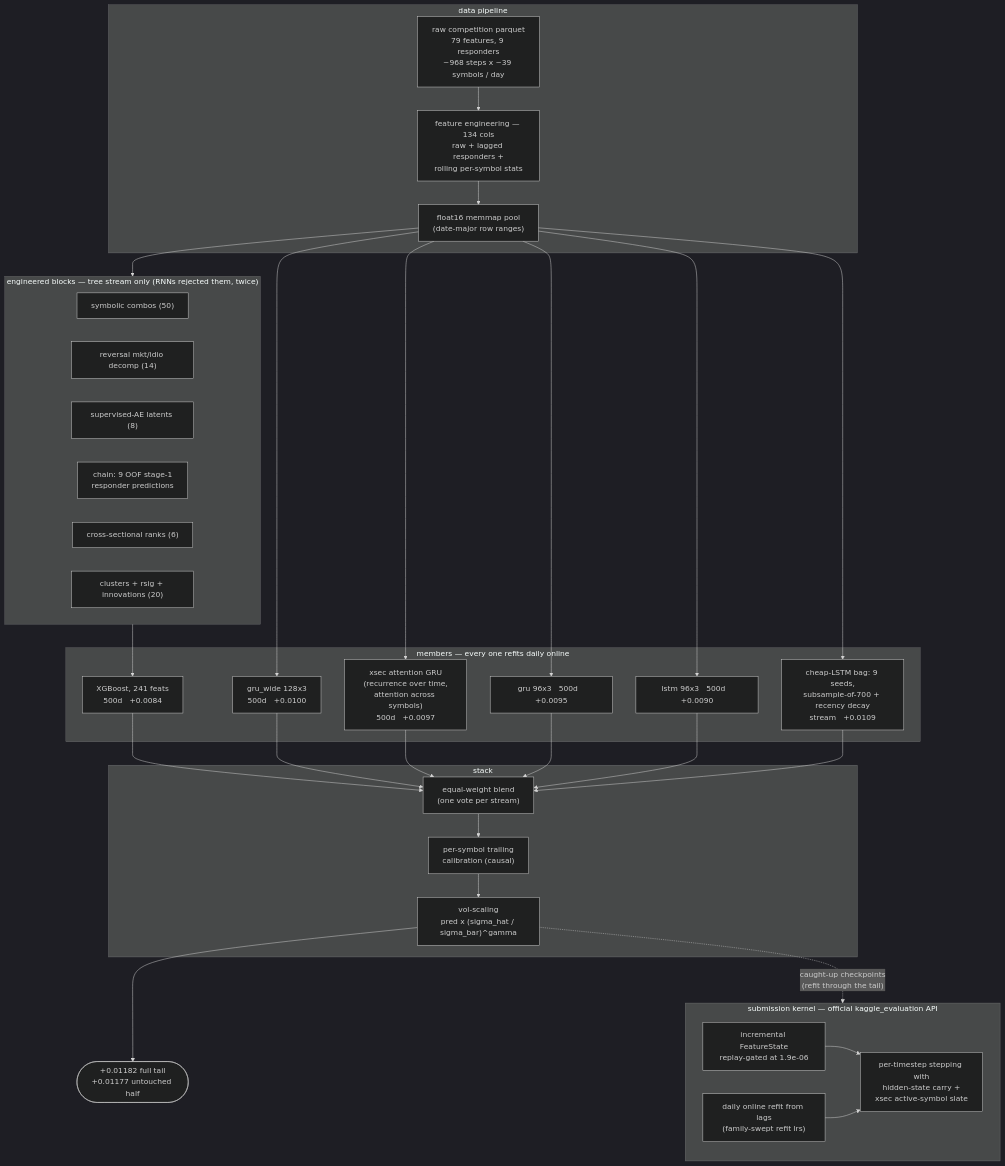
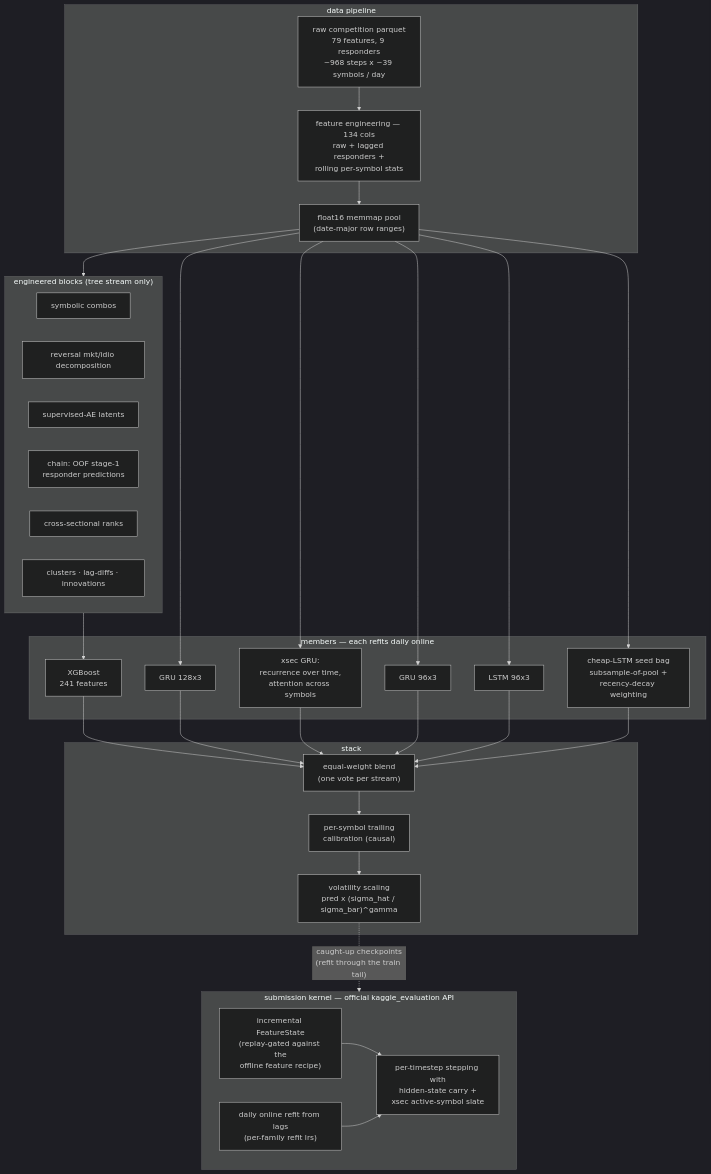
One commit to GennaroAlberto/JaneStreetChallenge changed the diagram in README.md. Above: the diagram before and after it, drawn with Mermaid (dark theme). The commit also changed other lines of this file, not shown here.

````diff
--- a/README.md
+++ b/README.md
@@ -34,49 +13,48 @@
 ```mermaid
 flowchart TB
     subgraph DATA["data pipeline"]
         RAW["raw competition parquet<br/>79 features, 9 responders<br/>~968 steps x ~39 symbols / day"]
         FEAT["feature engineering — 134 cols<br/>raw + lagged responders +<br/>rolling per-symbol stats"]
         MM["float16 memmap pool<br/>(date-major row ranges)"]
         RAW --> FEAT --> MM
     end
 
-    subgraph BLOCKS["engineered blocks — tree stream only (RNNs rejected them, twice)"]
-        B1["symbolic combos (50)"]
-        B2["reversal mkt/idio decomp (14)"]
-        B3["supervised-AE latents (8)"]
-        B4["chain: 9 OOF stage-1<br/>responder predictions"]
-        B5["cross-sectional ranks (6)"]
-        B6["clusters + rsig + innovations (20)"]
+    subgraph BLOCKS["engineered blocks (tree stream only)"]
+        B1["symbolic combos"]
+        B2["reversal mkt/idio decomposition"]
+        B3["supervised-AE latents"]
+        B4["chain: OOF stage-1<br/>responder predictions"]
+        B5["cross-sectional ranks"]
+        B6["clusters · lag-diffs · innovations"]
     end
 
-    subgraph MEMBERS["members — every one refits daily online"]
-        XGB["XGBoost, 241 feats<br/>500d &nbsp; +0.0084"]
-        GW["gru_wide 128x3<br/>500d &nbsp; +0.0100"]
-        XW["xsec attention GRU<br/>(recurrence over time,<br/>attention across symbols)<br/>500d &nbsp; +0.0097"]
-        G5["gru 96x3 &nbsp; 500d &nbsp; +0.0095"]
-        L5["lstm 96x3 &nbsp; 500d &nbsp; +0.0090"]
-        BAG["cheap-LSTM bag: 9 seeds,<br/>subsample-of-700 + recency decay<br/>stream &nbsp; +0.0109"]
+    subgraph MEMBERS["members — each refits daily online"]
+        XGB["XGBoost<br/>241 features"]
+        GW["GRU 128x3"]
+        XW["xsec GRU:<br/>recurrence over time,<br/>attention across symbols"]
+        G5["GRU 96x3"]
+        L5["LSTM 96x3"]
+        BAG["cheap-LSTM seed bag<br/>subsample-of-pool +<br/>recency-decay weighting"]
     end
 
     MM --> BLOCKS --> XGB
     MM --> GW & XW & G5 & L5 & BAG
 
     subgraph STACK["stack"]
         BLEND["equal-weight blend<br/>(one vote per stream)"]
         CAL["per-symbol trailing<br/>calibration (causal)"]
-        VOL["vol-scaling<br/>pred x (sigma_hat / sigma_bar)^gamma"]
+        VOL["volatility scaling<br/>pred x (sigma_hat / sigma_bar)^gamma"]
         BLEND --> CAL --> VOL
     end
 
     XGB & GW & XW & G5 & L5 & BAG --> BLEND
-    VOL --> OUT(["+0.01182 full tail<br/>+0.01177 untouched half"])
 
     subgraph SERVE["submission kernel — official kaggle_evaluation API"]
-        FS["incremental FeatureState<br/>replay-gated at 1.9e-06"]
-        REFIT["daily online refit from lags<br/>(family-swept refit lrs)"]
+        FS["incremental FeatureState<br/>(replay-gated against the<br/>offline feature recipe)"]
+        REFIT["daily online refit from lags<br/>(per-family refit lrs)"]
         STEP["per-timestep stepping with<br/>hidden-state carry +<br/>xsec active-symbol slate"]
         FS --> STEP
         REFIT --> STEP
     end
-    VOL -. "caught-up checkpoints<br/>(refit through the tail)" .-> SERVE
+    VOL -. "caught-up checkpoints<br/>(refit through the train tail)" .-> SERVE
 ```
````
